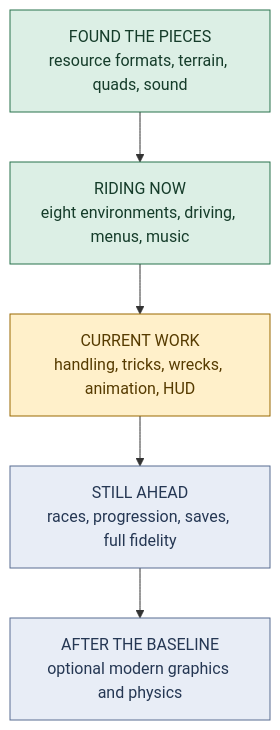
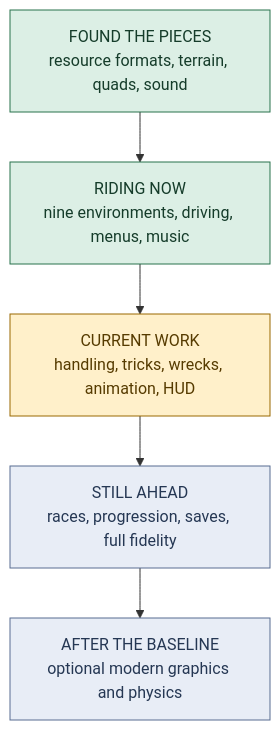
Before and after one commit to nrgapple/atv-offroad-fury-2-web: the third of 3 diagrams in README.md, drawn with Mermaid. The commit also changed other lines of this file and 2 other files, not shown here.

````diff
--- a/README.md
+++ b/README.md
@@ -67,14 +67,14 @@
 ```mermaid
 flowchart TB
     recovered["FOUND THE PIECES<br/>resource formats, terrain, quads, sound"]
-    recovered --> riding["RIDING NOW<br/>eight environments, driving, menus, music"]
+    recovered --> riding["RIDING NOW<br/>nine environments, driving, menus, music"]
     riding --> rebuilding["CURRENT WORK<br/>handling, tricks, wrecks, animation, HUD"]
     rebuilding --> fullgame["STILL AHEAD<br/>races, progression, saves, full fidelity"]
     fullgame --> extras["AFTER THE BASELINE<br/>optional modern graphics and physics"]
     classDef established fill:#dcefe5,stroke:#28734d,color:#153c2a;
     classDef active fill:#fff0ca,stroke:#996800,color:#563b00;
     classDef future fill:#e8edf6,stroke:#586d91,color:#253753;
     class recovered,riding established;
     class rebuilding active;
     class fullgame,extras future;
 ```
````
